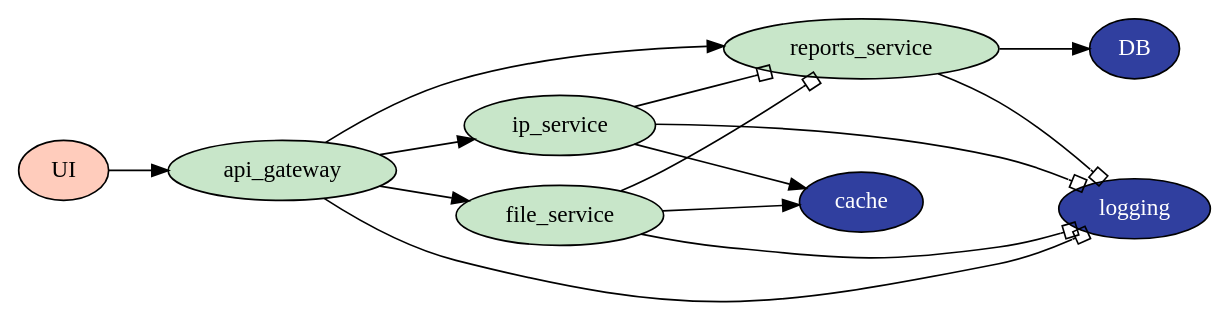
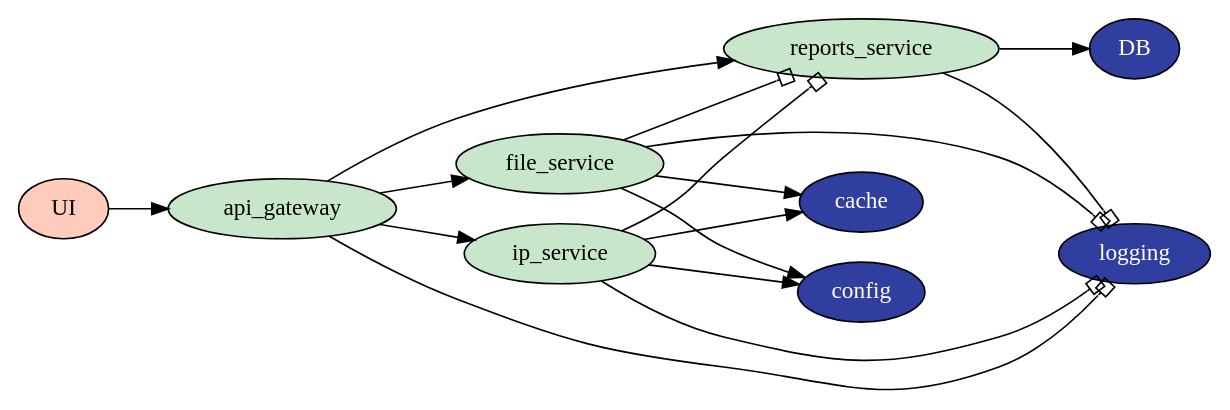
One commit to tourea/microservices changed the diagram in diagram/microservices.dot. Above: the diagram before and after it, drawn with Graphviz. The commit also changed 28 other files, not shown here.

```diff
--- a/diagram/microservices.dot
+++ b/diagram/microservices.dot
@@ -1,39 +1,41 @@
+// cat microservices.dot | docker container run --rm -i vladgolubev/dot2png > microservices.png
+
 digraph architecture {
   rankdir=LR;
   
-  // Storage - #303F9F (dark blue)
+  // storage & config - #303F9F (dark blue)
   node[fillcolor="#303F9F" style="filled" fontcolor="white"];
   database[label="DB"]; 
   cache[label="cache"];
   logging[label="logging"];
-  
-  // Client-side Apps - #FFCCBC (light orange)
+  config[label="config"];
+
+  // client-side Apps - #FFCCBC (light orange)
   node[fillcolor="#FFCCBC" style="filled" fontcolor="black"];
   ui[label="UI"];
-  
-  // Microservices - #C8E6C9 (light green)
+
+  // microservices - #C8E6C9 (light green)
   node[fillcolor="#C8E6C9" style="filled" fontcolor="black"];
   file_service[label="file_service"]; 
   ip_service[label="ip_service"]; 
   reports_service[label="reports_service"];
 
   subgraph client_side_apps {
       ui -> {api_gateway};
-      
       {rank=same; ui};
   }
   
   subgraph api_gateways {
       api_gateway -> {logging} [arrowhead=obox];
       api_gateway -> {file_service, ip_service, reports_service};
   }
   
   subgraph microservices {
       file_service -> {reports_service, logging} [arrowhead=obox];
-      file_service -> cache;
+      file_service -> {config, cache};
       ip_service -> {reports_service, logging} [arrowhead=obox];
-      ip_service -> cache;
+      ip_service -> {config, cache};
       reports_service -> logging [arrowhead=obox];
       reports_service -> database;
   }
 }
```
